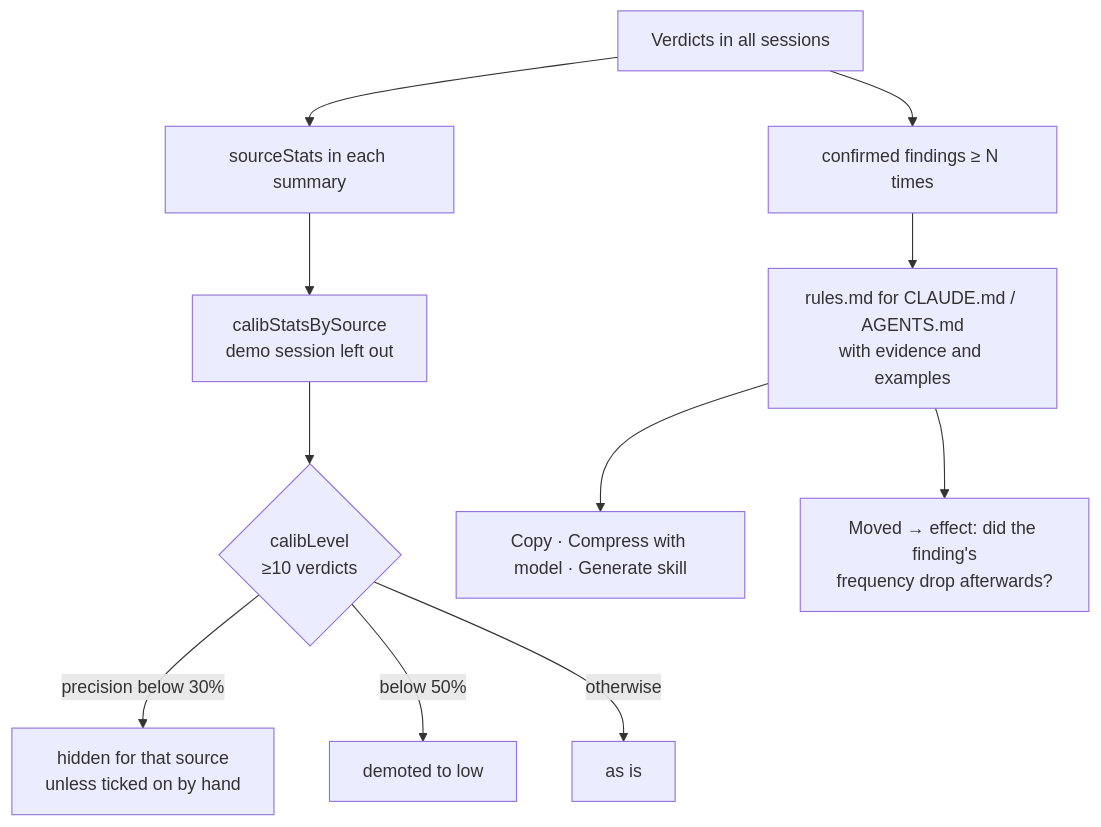
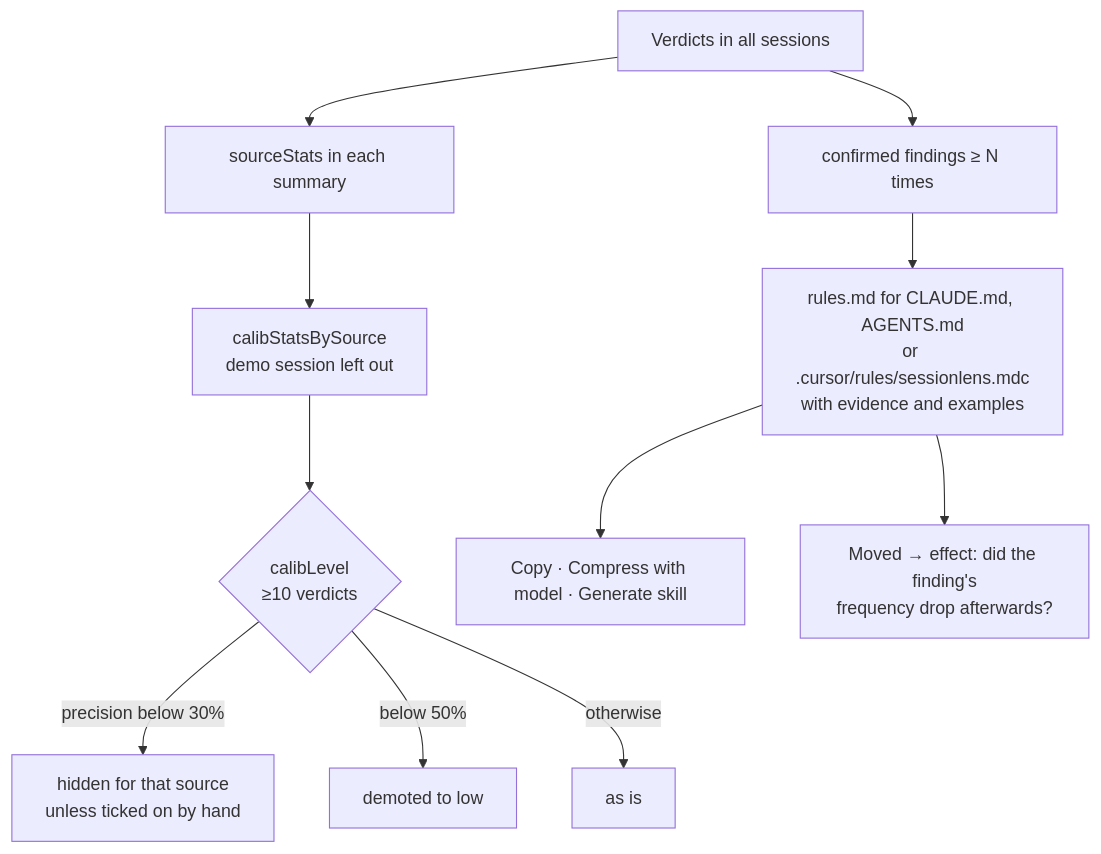
One commit to nikolaylosev/sessionlens-vscode changed diagram 11 of 13 in docs/ARCHITECTURE.md. Above: the diagram before and after it, drawn with Mermaid. The commit also changed other lines of this file and 1 other file, not shown here.

First line of the commit message:
docs: record the 0.1.122 Cursor import in ARCHITECTURE

````diff
--- a/docs/ARCHITECTURE.md
+++ b/docs/ARCHITECTURE.md
@@ -582,13 +613,13 @@
 ```mermaid
 flowchart TD
   V[Verdicts in all sessions] --> S[sourceStats in each summary]
   S --> CS[calibStatsBySource<br/>demo session left out]
   CS --> L{calibLevel<br/>≥10 verdicts}
   L -->|precision below 30%| OFF[hidden for that source<br/>unless ticked on by hand]
   L -->|below 50%| DEM[demoted to low]
   L -->|otherwise| OK[as is]
   V --> CF[confirmed findings ≥ N times]
-  CF --> RM[rules.md for CLAUDE.md / AGENTS.md<br/>with evidence and examples]
+  CF --> RM[rules.md for CLAUDE.md, AGENTS.md<br/>or .cursor/rules/sessionlens.mdc<br/>with evidence and examples]
   RM --> CP[Copy · Compress with model · Generate skill]
   RM --> MV[Moved → effect: did the finding's<br/>frequency drop afterwards?]
 ```
````
